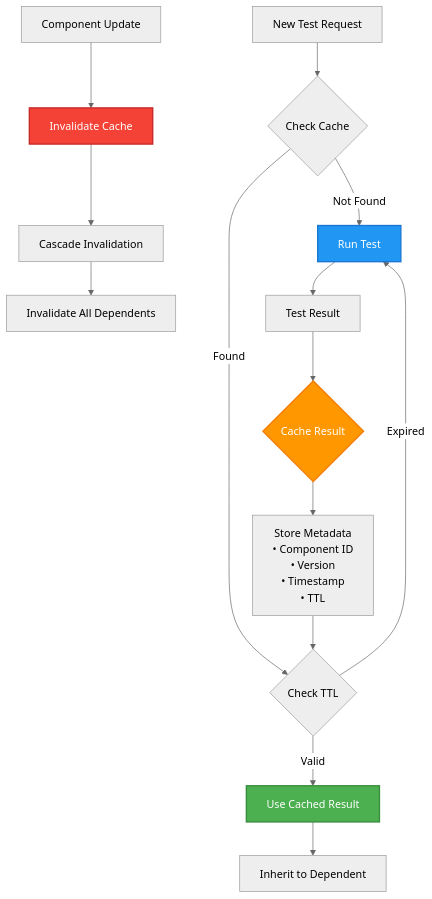
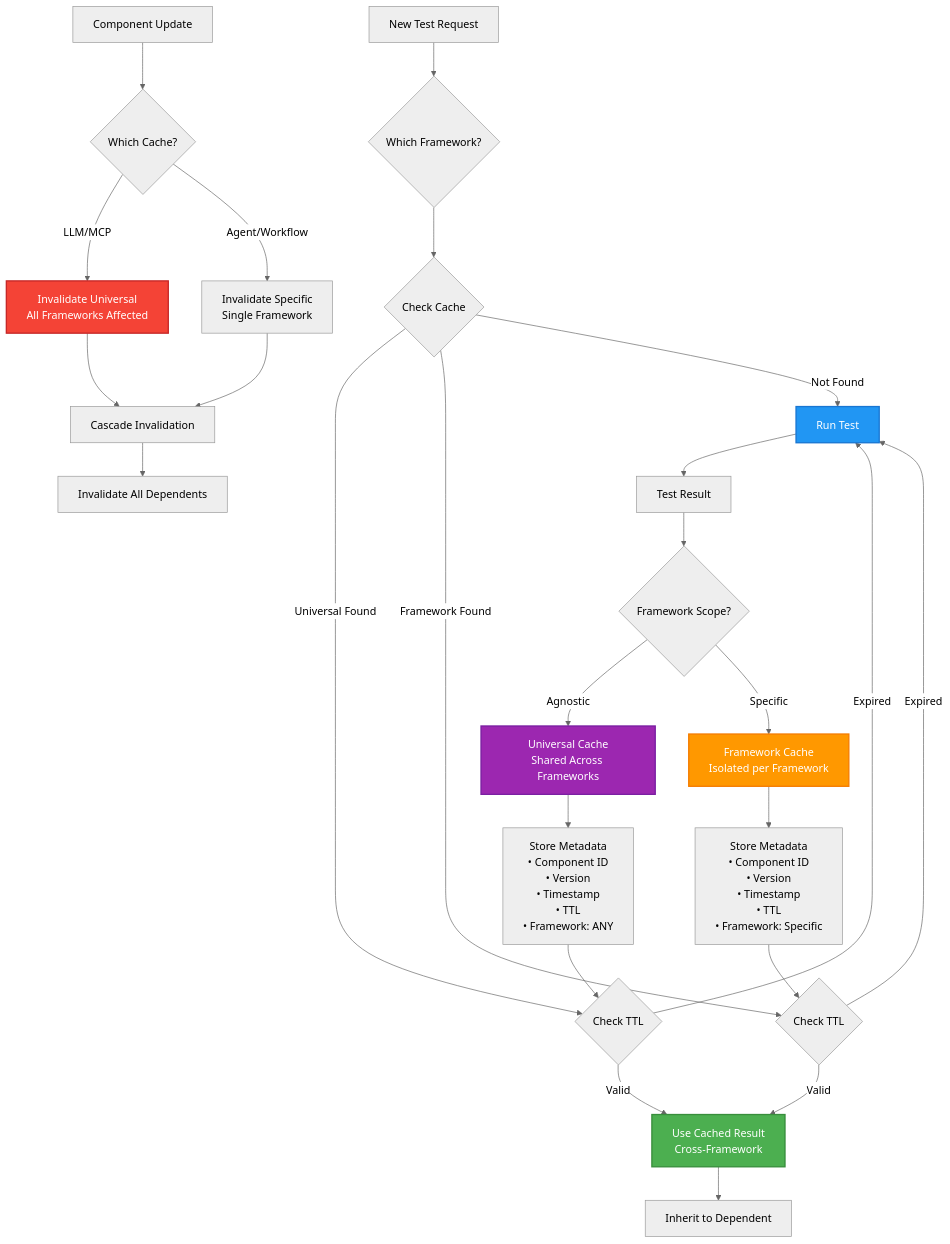
The sixth of 7 diagrams in docs/testing/architecture/testing_hierarchy.md (Aurite-ai/aurite-agents), drawn with Mermaid (neutral theme) before and after one commit. The commit also changed other lines of this file and 4 other files, not shown here.

````diff
--- a/docs/testing/architecture/testing_hierarchy.md
+++ b/docs/testing/architecture/testing_hierarchy.md
@@ -220,28 +242,43 @@
 ```mermaid
 flowchart TD
     Test[Run Test] --> Result[Test Result]
-    Result --> Cache{Cache Result}
+    Result --> Scope{Framework Scope?}
 
-    Cache --> Meta[Store Metadata<br/>• Component ID<br/>• Version<br/>• Timestamp<br/>• TTL]
+    Scope -->|Agnostic| Universal_Cache[Universal Cache<br/>Shared Across Frameworks]
+    Scope -->|Specific| Framework_Cache[Framework Cache<br/>Isolated per Framework]
 
-    Meta --> TTL{Check TTL}
+    Universal_Cache --> Meta_U[Store Metadata<br/>• Component ID<br/>• Version<br/>• Timestamp<br/>• TTL<br/>• Framework: ANY]
+    Framework_Cache --> Meta_F[Store Metadata<br/>• Component ID<br/>• Version<br/>• Timestamp<br/>• TTL<br/>• Framework: Specific]
 
-    Request[New Test Request] --> CheckCache{Check Cache}
+    Meta_U --> TTL_U{Check TTL}
+    Meta_F --> TTL_F{Check TTL}
 
-    CheckCache -->|Found| TTL
+    Request[New Test Request] --> Framework_Check{Which Framework?}
+
+    Framework_Check --> CheckCache{Check Cache}
+
+    CheckCache -->|Universal Found| TTL_U
+    CheckCache -->|Framework Found| TTL_F
     CheckCache -->|Not Found| Test
 
-    TTL -->|Valid| UseCache[Use Cached Result]
-    TTL -->|Expired| Test
+    TTL_U -->|Valid| UseCache[Use Cached Result<br/>Cross-Framework]
+    TTL_F -->|Valid| UseCache
+    TTL_U -->|Expired| Test
+    TTL_F -->|Expired| Test
 
     UseCache --> Inherit[Inherit to Dependent]
 
-    Update[Component Update] --> Invalidate[Invalidate Cache]
-    Invalidate --> Cascade[Cascade Invalidation]
+    Update[Component Update] --> Invalidate{Which Cache?}
+    Invalidate -->|LLM/MCP| Invalidate_Universal[Invalidate Universal<br/>All Frameworks Affected]
+    Invalidate -->|Agent/Workflow| Invalidate_Specific[Invalidate Specific<br/>Single Framework]
+
+    Invalidate_Universal --> Cascade[Cascade Invalidation]
+    Invalidate_Specific --> Cascade
     Cascade --> Deps[Invalidate All Dependents]
 
     style Test fill:#2196F3,stroke:#1976D2,stroke-width:2px,color:#fff
     style UseCache fill:#4CAF50,stroke:#388E3C,stroke-width:2px,color:#fff
-    style Invalidate fill:#F44336,stroke:#C62828,stroke-width:2px,color:#fff
-    style Cache fill:#FF9800,stroke:#F57C00,stroke-width:2px,color:#fff
+    style Universal_Cache fill:#9C27B0,stroke:#7B1FA2,stroke-width:2px,color:#fff
+    style Framework_Cache fill:#FF9800,stroke:#F57C00,stroke-width:2px,color:#fff
+    style Invalidate_Universal fill:#F44336,stroke:#C62828,stroke-width:2px,color:#fff
 ```
````
